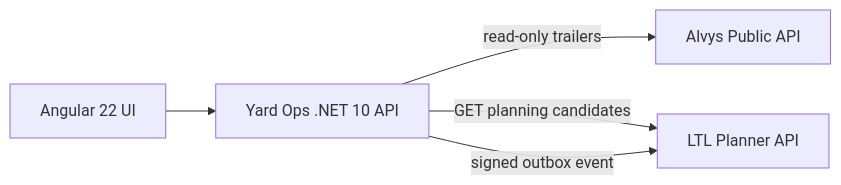
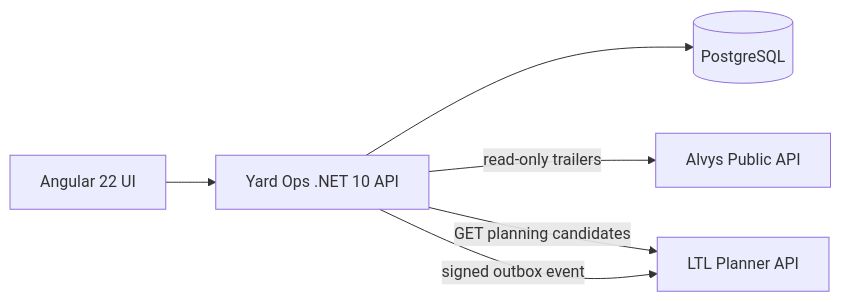
One commit to poker-kid-100717/yard-ops changed the diagram in docs/architecture.md. Above: the diagram before and after it, drawn with Mermaid. The commit also changed other lines of this file and 61 other files, not shown here.

````diff
--- a/docs/architecture.md
+++ b/docs/architecture.md
@@ -3,7 +3,8 @@
 ```mermaid
 flowchart LR
   WEB[Angular 22 UI] --> API[Yard Ops .NET 10 API]
+  API --> DB[(PostgreSQL)]
   API -->|read-only trailers| ALVYS[Alvys Public API]
   API -->|GET planning candidates| LTL[LTL Planner API]
   API -->|signed outbox event| LTL
 ```
````
